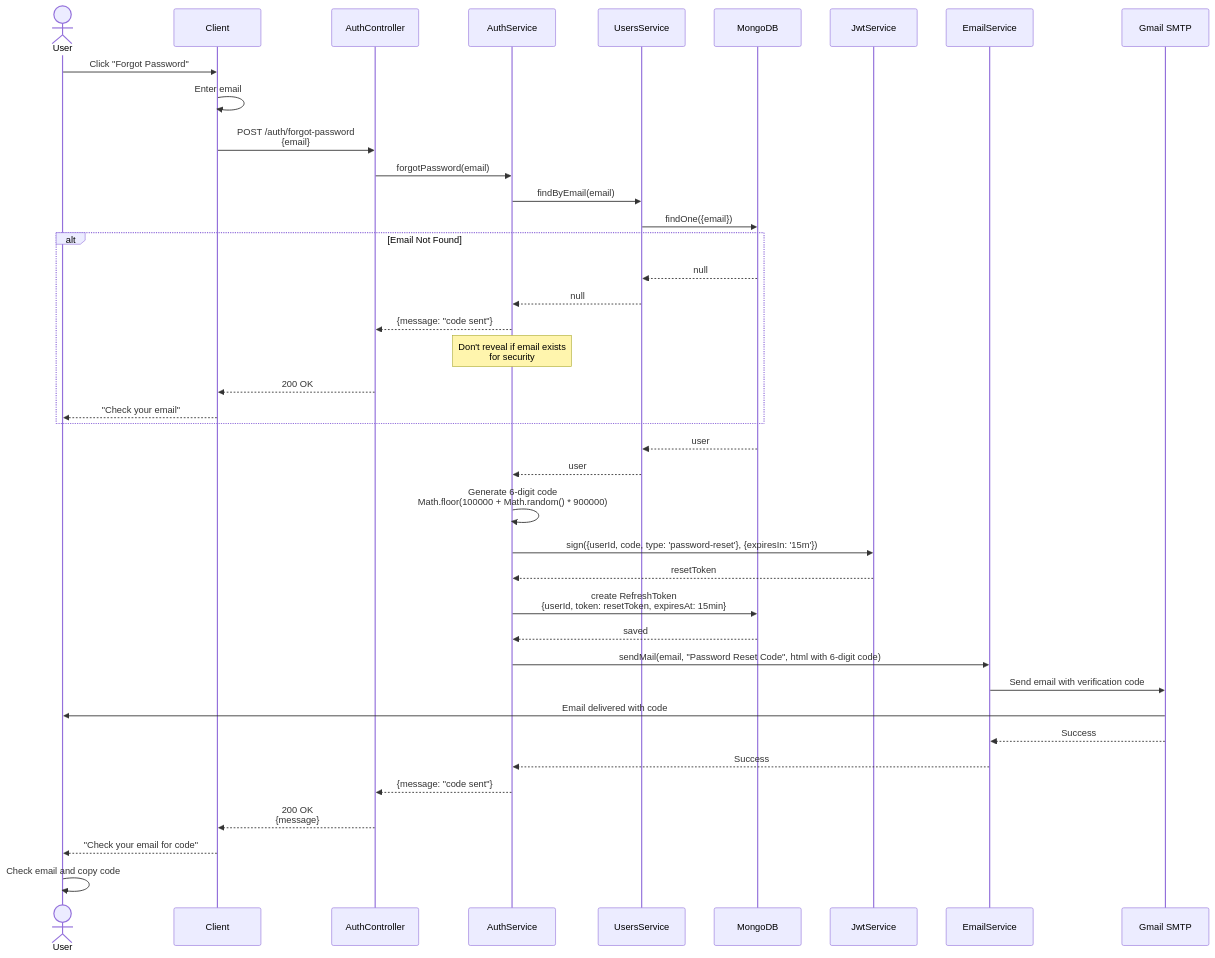
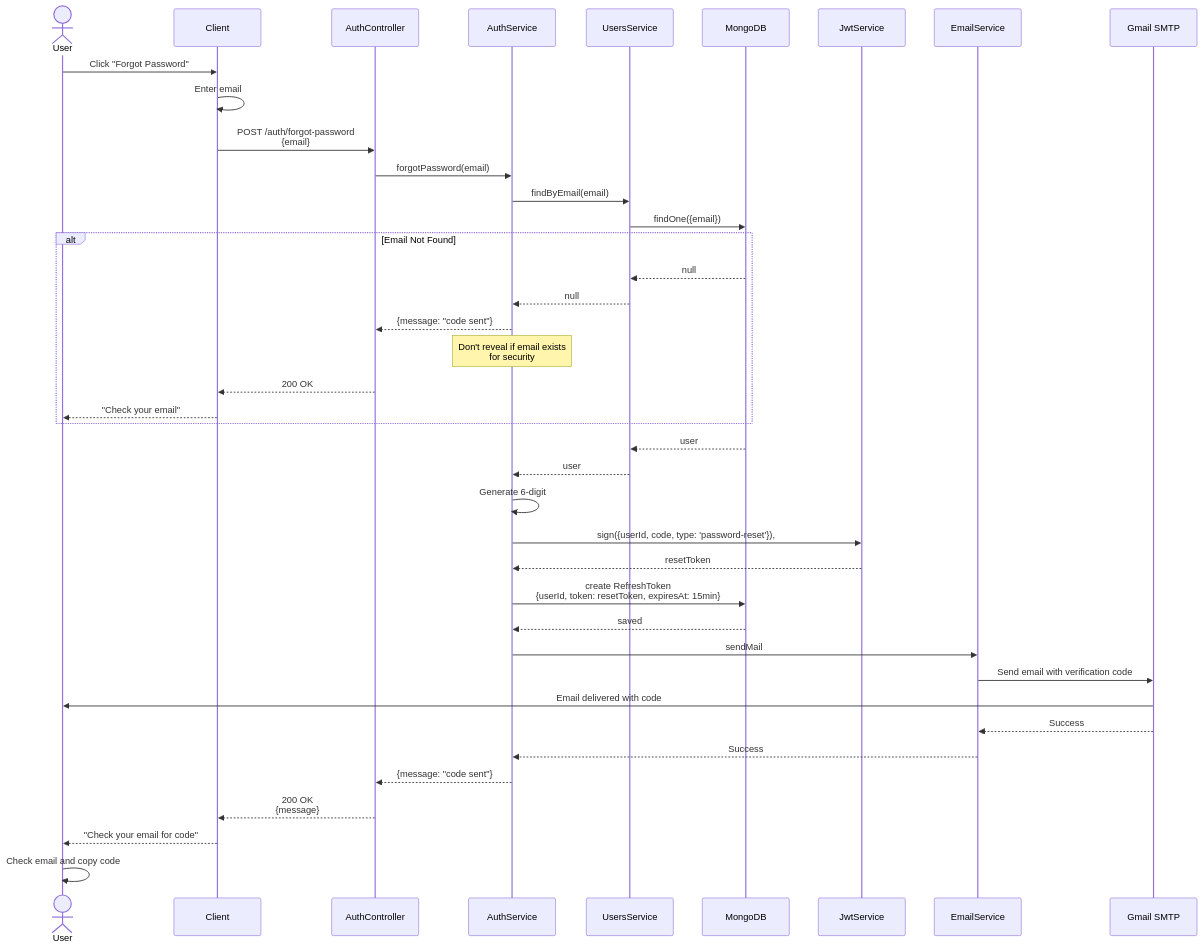
One commit to AyariAladine/PFE_Project changed the tenth of 11 diagrams in SEQUENCE_DIAGRAMS.md. Above: the diagram before and after it, drawn with Mermaid. The commit also changed other lines of this file, not shown here.

Commit message:
seqance diagram changes

````diff
--- a/SEQUENCE_DIAGRAMS.md
+++ b/SEQUENCE_DIAGRAMS.md
@@ -406,52 +406,52 @@
 ```mermaid
 sequenceDiagram
     actor User
     participant Client
     participant Controller as AuthController
     participant Service as AuthService
     participant UserService as UsersService
     participant DB as MongoDB
     participant JWT as JwtService
     participant Email as EmailService
     participant Gmail as Gmail SMTP
 
     User->>Client: Click "Forgot Password"
     Client->>Client: Enter email
     Client->>Controller: POST /auth/forgot-password<br/>{email}
     Controller->>Service: forgotPassword(email)
     
     Service->>UserService: findByEmail(email)
     UserService->>DB: findOne({email})
     
     alt Email Not Found
         DB-->>UserService: null
         UserService-->>Service: null
         Service-->>Controller: {message: "code sent"}
         Note over Service: Don't reveal if email exists<br/>for security
         Controller-->>Client: 200 OK
         Client-->>User: "Check your email"
     end
     
     DB-->>UserService: user
     UserService-->>Service: user
     
-    Service->>Service: Generate 6-digit code<br/>Math.floor(100000 + Math.random() * 900000)
+    Service->>Service: Generate 6-digit 
     
-    Service->>JWT: sign({userId, code, type: 'password-reset'}, {expiresIn: '15m'})
+    Service->>JWT: sign({userId, code, type: 'password-reset'}),
     JWT-->>Service: resetToken
     
     Service->>DB: create RefreshToken<br/>{userId, token: resetToken, expiresAt: 15min}
     DB-->>Service: saved
     
-    Service->>Email: sendMail(email, "Password Reset Code", html with 6-digit code)
+    Service->>Email: sendMail
     Email->>Gmail: Send email with verification code
     Gmail->>User: Email delivered with code
     
     Gmail-->>Email: Success
     Email-->>Service: Success
     Service-->>Controller: {message: "code sent"}
     Controller-->>Client: 200 OK<br/>{message}
     Client-->>User: "Check your email for code"
     
     User->>User: Check email and copy code
 ```
````
